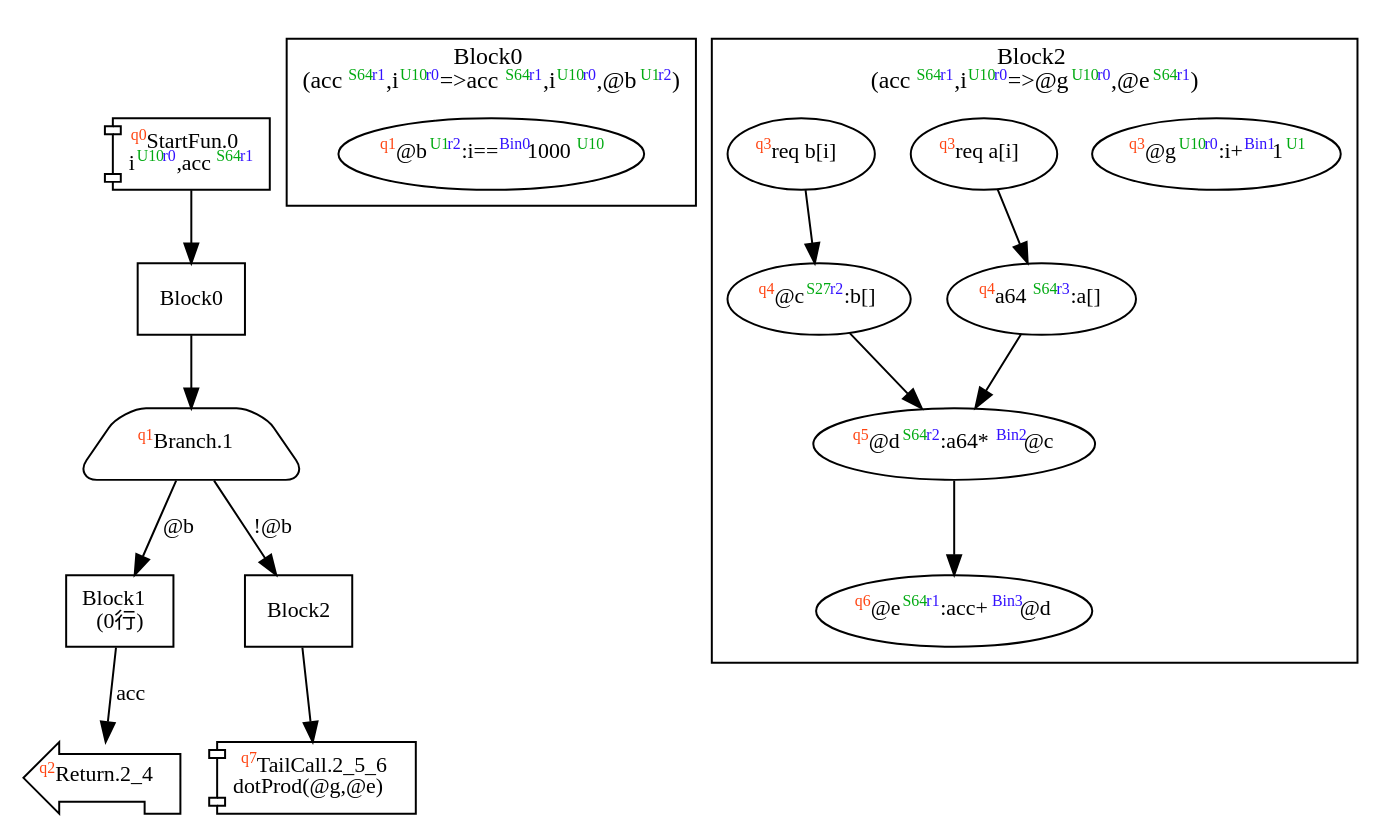
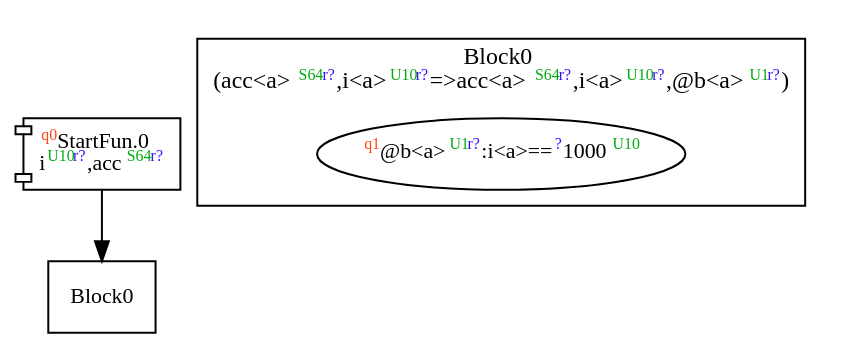
One commit to akouryy/SyntheScala changed the diagram in dist/dotProd.dot. Above: the diagram before and after it, drawn with Graphviz. The commit also changed 18 other files, not shown here.

```diff
--- a/dist/dotProd.dot
+++ b/dist/dotProd.dot
@@ -1,42 +1,13 @@
 digraph Program_ {
   graph [fontname = "Monaco", fontsize = 12, ranksep = 0.5];
   node [shape = box, fontname = "Monaco", fontsize = 11; colorscheme = pastel19];
   edge [fontname = "Monaco", fontsize = 11; colorscheme = pastel19];
-  Jump0[label = <<font color="#ff4411" point-size="8"><sup>q0</sup></font>StartFun.0<br/>i<font color="#00aa11" point-size="8"><sup>U10</sup></font><font color="#3311ff" point-size="8"><sup>r0</sup></font>,acc<font color="#00aa11" point-size="8"><sup>S64</sup></font><font color="#3311ff" point-size="8"><sup>r1</sup></font>>; shape = component];
+  Jump0[label = <<font color="#ff4411" point-size="8"><sup>q0</sup></font>StartFun.0<br/>i<font color="#00aa11" point-size="8"><sup>U10</sup></font><font color="#3311ff" point-size="8"><sup>r?</sup></font>,acc<font color="#00aa11" point-size="8"><sup>S64</sup></font><font color="#3311ff" point-size="8"><sup>r?</sup></font>>; shape = component];
   Jump0 -> Block0;
-  Jump1[
-    label = <<font color="#ff4411" point-size="8"><sup>q1</sup></font>Branch.1>;
-    shape = trapezium; style = rounded;
-  ];
-  Block0 -> Jump1;
-  Jump1 -> Block1 [label="@b"];
-  Jump1 -> Block2 [label="!@b"];
-  Jump2_4[label = <<font color="#ff4411" point-size="8"><sup>q2</sup></font>Return.2_4>; shape = lpromoter];
-  Block1 -> Jump2_4 [label="acc"];
-  Jump2_5_6[label = <<font color="#ff4411" point-size="8"><sup>q7</sup></font>TailCall.2_5_6<br/>dotProd(@g,@e)>; shape = component];
-  Block2 -> Jump2_5_6;
   Block0 [label = "Block0"];
-  Block1 [label = "Block1\l(0行)"];
-  Block2 [label = "Block2"];
   subgraph cluster_dfg_Block0 {
     node [shape = oval];
-    label = <Block0<br/>(acc<font color="#00aa11" point-size="8"><sup>S64</sup></font><font color="#3311ff" point-size="8"><sup>r1</sup></font>,i<font color="#00aa11" point-size="8"><sup>U10</sup></font><font color="#3311ff" point-size="8"><sup>r0</sup></font>=&gt;acc<font color="#00aa11" point-size="8"><sup>S64</sup></font><font color="#3311ff" point-size="8"><sup>r1</sup></font>,i<font color="#00aa11" point-size="8"><sup>U10</sup></font><font color="#3311ff" point-size="8"><sup>r0</sup></font>,@b<font color="#00aa11" point-size="8"><sup>U1</sup></font><font color="#3311ff" point-size="8"><sup>r2</sup></font>)>;
-    1 [label=<<font color="#ff4411" point-size="8"><sup>q1</sup></font>@b<font color="#00aa11" point-size="8"><sup>U1</sup></font><font color="#3311ff" point-size="8"><sup>r2</sup></font>:i==<font color="#3311ff" point-size="8"><sup>Bin0</sup></font>1000<font color="#00aa11" point-size="8"><sup>U10</sup></font>>];
-  }
-  subgraph cluster_dfg_Block2 {
-    node [shape = oval];
-    label = <Block2<br/>(acc<font color="#00aa11" point-size="8"><sup>S64</sup></font><font color="#3311ff" point-size="8"><sup>r1</sup></font>,i<font color="#00aa11" point-size="8"><sup>U10</sup></font><font color="#3311ff" point-size="8"><sup>r0</sup></font>=&gt;@g<font color="#00aa11" point-size="8"><sup>U10</sup></font><font color="#3311ff" point-size="8"><sup>r0</sup></font>,@e<font color="#00aa11" point-size="8"><sup>S64</sup></font><font color="#3311ff" point-size="8"><sup>r1</sup></font>)>;
-    5 [label=<<font color="#ff4411" point-size="8"><sup>q4</sup></font>@c<font color="#00aa11" point-size="8"><sup>S27</sup></font><font color="#3311ff" point-size="8"><sup>r2</sup></font>:b[]>];
-    6 [label=<<font color="#ff4411" point-size="8"><sup>q5</sup></font>@d<font color="#00aa11" point-size="8"><sup>S64</sup></font><font color="#3311ff" point-size="8"><sup>r2</sup></font>:a64*<font color="#3311ff" point-size="8"><sup>Bin2</sup></font>@c>];
-    9 [label=<<font color="#ff4411" point-size="8"><sup>q3</sup></font>@g<font color="#00aa11" point-size="8"><sup>U10</sup></font><font color="#3311ff" point-size="8"><sup>r0</sup></font>:i+<font color="#3311ff" point-size="8"><sup>Bin1</sup></font>1<font color="#00aa11" point-size="8"><sup>U1</sup></font>>];
-    2 [label=<<font color="#ff4411" point-size="8"><sup>q3</sup></font>req a[i]>];
-    7 [label=<<font color="#ff4411" point-size="8"><sup>q6</sup></font>@e<font color="#00aa11" point-size="8"><sup>S64</sup></font><font color="#3311ff" point-size="8"><sup>r1</sup></font>:acc+<font color="#3311ff" point-size="8"><sup>Bin3</sup></font>@d>];
-    3 [label=<<font color="#ff4411" point-size="8"><sup>q4</sup></font>a64<font color="#00aa11" point-size="8"><sup>S64</sup></font><font color="#3311ff" point-size="8"><sup>r3</sup></font>:a[]>];
-    4 [label=<<font color="#ff4411" point-size="8"><sup>q3</sup></font>req b[i]>];
-    3 -> 6;
-    5 -> 6;
-    6 -> 7;
-    2 -> 3 [style = solid];
-    4 -> 5 [style = solid];
+    label = <Block0<br/>(acc&lt;a&gt;<font color="#00aa11" point-size="8"><sup>S64</sup></font><font color="#3311ff" point-size="8"><sup>r?</sup></font>,i&lt;a&gt;<font color="#00aa11" point-size="8"><sup>U10</sup></font><font color="#3311ff" point-size="8"><sup>r?</sup></font>=&gt;acc&lt;a&gt;<font color="#00aa11" point-size="8"><sup>S64</sup></font><font color="#3311ff" point-size="8"><sup>r?</sup></font>,i&lt;a&gt;<font color="#00aa11" point-size="8"><sup>U10</sup></font><font color="#3311ff" point-size="8"><sup>r?</sup></font>,@b&lt;a&gt;<font color="#00aa11" point-size="8"><sup>U1</sup></font><font color="#3311ff" point-size="8"><sup>r?</sup></font>)>;
+    1 [label=<<font color="#ff4411" point-size="8"><sup>q1</sup></font>@b&lt;a&gt;<font color="#00aa11" point-size="8"><sup>U1</sup></font><font color="#3311ff" point-size="8"><sup>r?</sup></font>:i&lt;a&gt;==<font color="#3311ff" point-size="8"><sup>?</sup></font>1000<font color="#00aa11" point-size="8"><sup>U10</sup></font>>];
   }
 }
```
